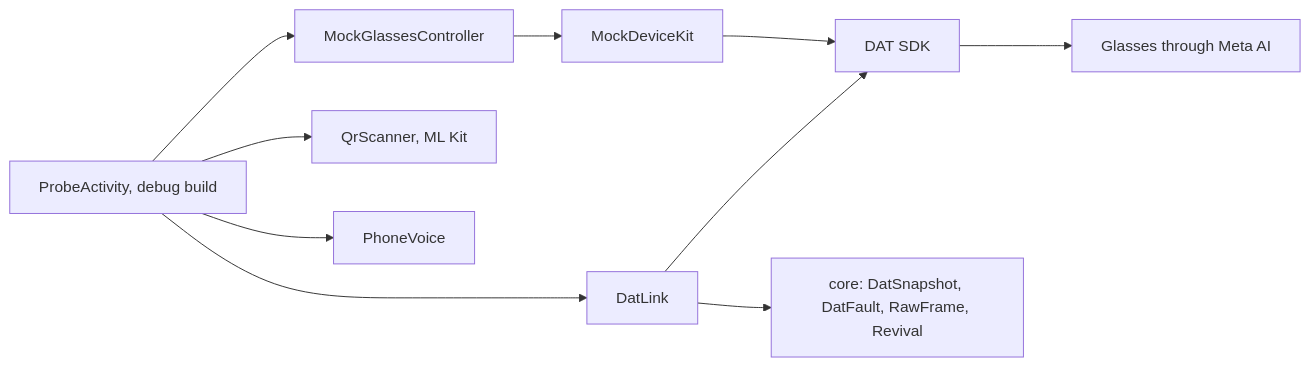
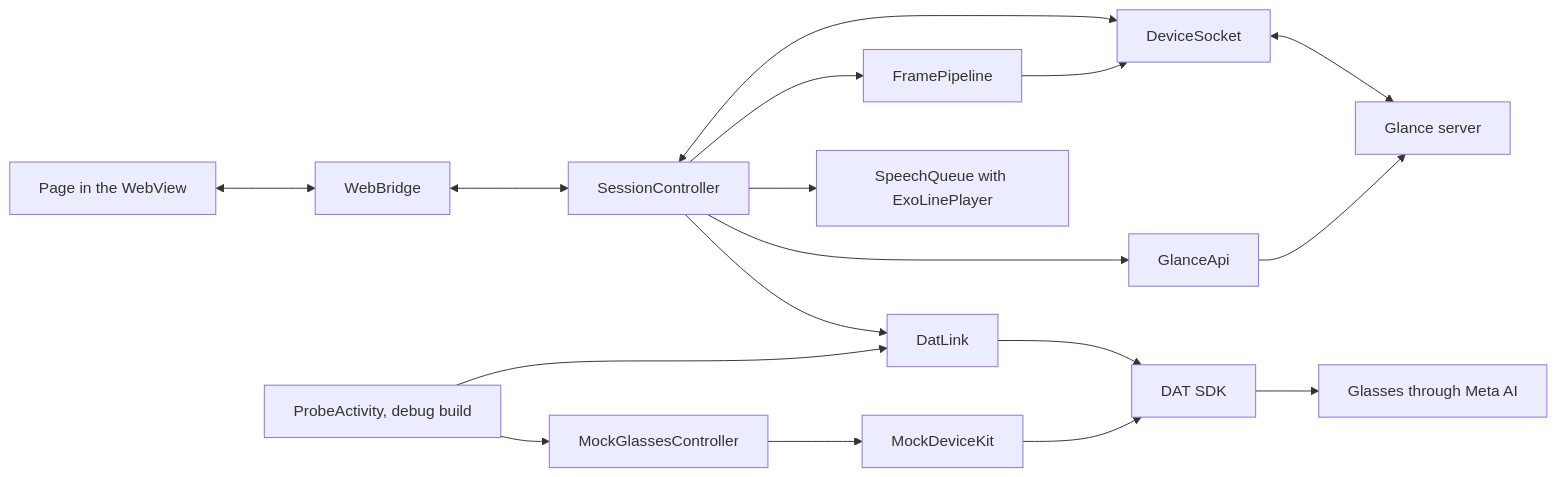
The first of 3 diagrams in apps/mobile/android/README.md (mrBymax/glance), drawn with Mermaid before and after one commit. The commit also changed other lines of this file, not shown here.

Commit message:
docs(android): describe the session controller, the page, and the fake server

````diff
--- a/apps/mobile/android/README.md
+++ b/apps/mobile/android/README.md
@@ -12,12 +20,19 @@
 ```mermaid
 flowchart LR
-    Probe[ProbeActivity, debug build] --> Link[DatLink]
-    Probe --> Mock[MockGlassesController]
-    Probe --> Qr[QrScanner, ML Kit]
-    Probe --> Voice[PhoneVoice]
+    Page[Page in the WebView] <--> Bridge[WebBridge]
+    Bridge <--> Session[SessionController]
+    Session --> Link[DatLink]
+    Session --> Pipeline[FramePipeline]
+    Session --> Queue[SpeechQueue with ExoLinePlayer]
+    Session <--> Socket[DeviceSocket]
+    Session --> Api[GlanceApi]
+    Socket <--> Server[Glance server]
+    Api --> Server
+    Pipeline --> Socket
     Link --> Sdk[DAT SDK]
-    Mock --> Kit[MockDeviceKit]
+    Mock[MockGlassesController] --> Kit[MockDeviceKit]
     Kit --> Sdk
     Sdk --> Glasses[Glasses through Meta AI]
-    Link --> Core[core: DatSnapshot, DatFault, RawFrame, Revival]
+    Probe[ProbeActivity, debug build] --> Link
+    Probe --> Mock
 ```
````
